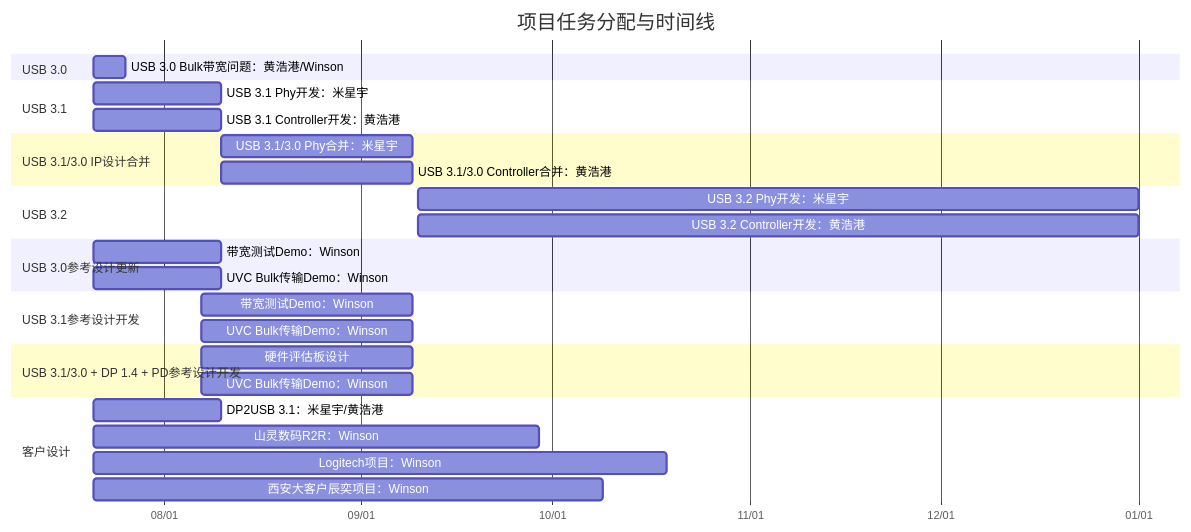
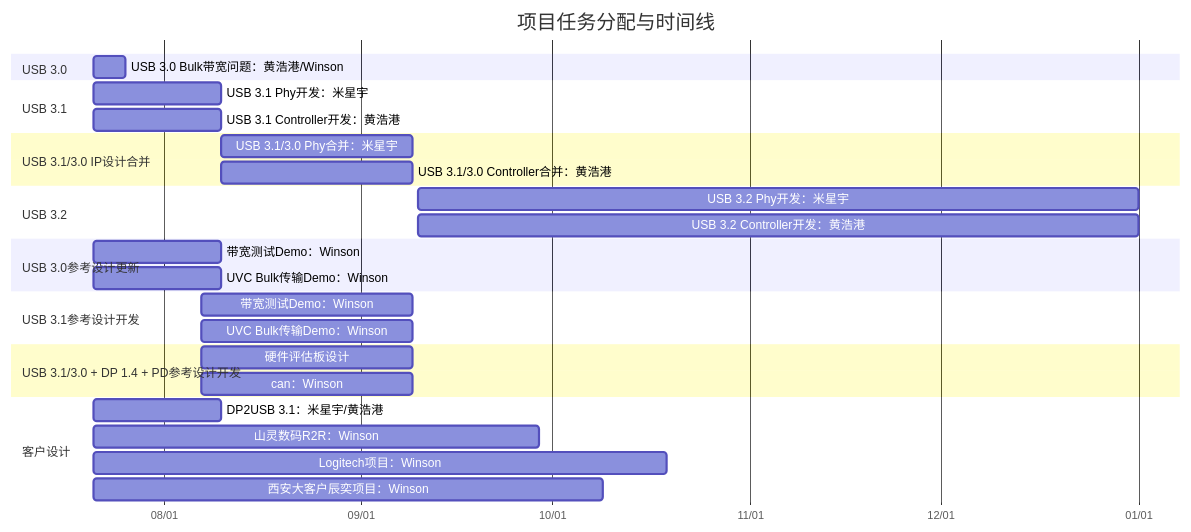
One commit to winsonbook/iodraw-files changed the diagram in all/未命名.md. Above: the diagram before and after it, drawn with Mermaid.

Commit message:
2025-07-21 10:20:28 update

````diff
--- a/all/未命名.md
+++ b/all/未命名.md
@@ -1,39 +1,39 @@
 ```mermaid
 gantt
     title 项目任务分配与时间线
     dateFormat  YYYY-MM-DD
     axisFormat  %m/%d
 
     section USB 3.0
     USB 3.0 Bulk带宽问题：黄浩港/Winson   :    task1, 2025-07-21, 5d
 
     section USB 3.1
     USB 3.1 Phy开发：米星宇      :         task2, 2025-07-21, 20d
     USB 3.1 Controller开发：黄浩港      :  task3, 2025-07-21, 20d
 
     section USB 3.1/3.0 IP设计合并
     USB 3.1/3.0 Phy合并：米星宇       :    task4, 2025-08-10, 30d
     USB 3.1/3.0 Controller合并：黄浩港:    task5, 2025-08-10, 30d
 
     section USB 3.2
     USB 3.2 Phy开发：米星宇      :         task2, 2025-09-10, 113d
     USB 3.2 Controller开发：黄浩港      :  task3, 2025-09-10, 113d
 
     section USB 3.0参考设计更新
     带宽测试Demo：Winson       :         task6, 2025-07-21, 20d
     UVC Bulk传输Demo：Winson   :        task7, 2025-07-21, 20d
 
     section USB 3.1参考设计开发
     带宽测试Demo：Winson       :         task8, 2025-08-07, 33d
     UVC Bulk传输Demo：Winson   :         task9, 2025-08-07, 33d
 
     section USB 3.1/3.0 + DP 1.4 + PD参考设计开发
     硬件评估板设计       :         task8, 2025-08-07, 33d
-    UVC Bulk传输Demo：Winson   :         task9, 2025-08-07, 33d
+    can：Winson   :         task9, 2025-08-07, 33d
 
     section 客户设计
     DP2USB 3.1：米星宇/黄浩港      :task10, 2025-07-21, 20d
     山灵数码R2R：Winson :             task11, 2025-07-21, 70d
     Logitech项目：Winson :            task12, 2025-07-21, 90d
     西安大客户辰奕项目：Winson :       task13, 2025-07-21, 80d
 ```
````
